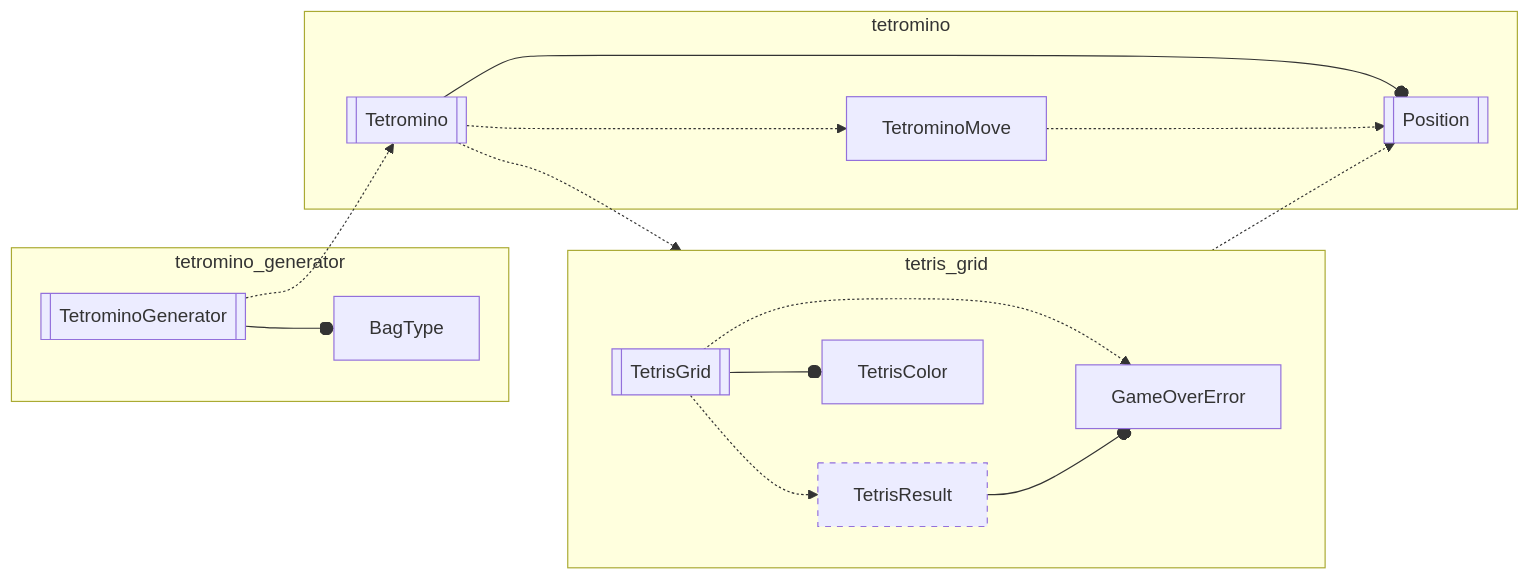
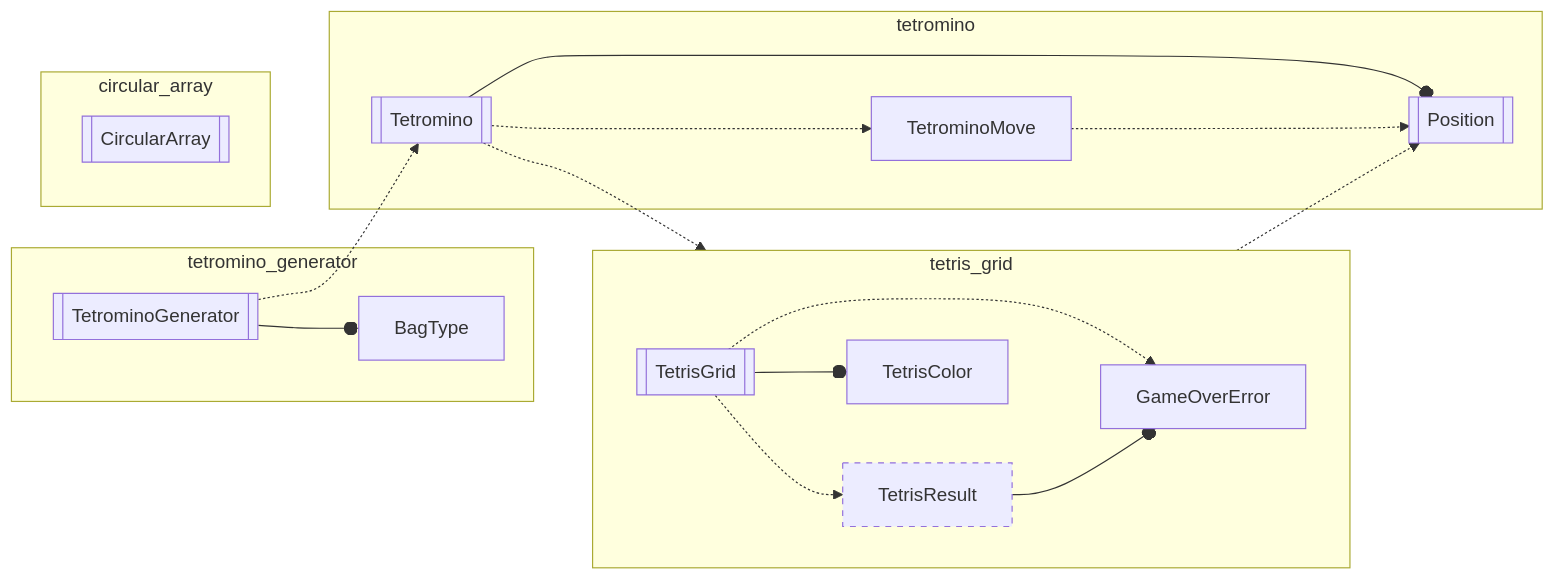
Before and after one commit to inesvar/tetris: the diagram in tetris_core/src/tetris_core.mmd, drawn with Mermaid. The commit also changed 4 other files, not shown here.

Commit message:
Move circular_array from tetris to tetris_core

```diff
--- a/tetris_core/src/tetris_core.mmd
+++ b/tetris_core/src/tetris_core.mmd
@@ -1,36 +1,41 @@
 graph LR
     %% objects
     TetrominoMove[TetrominoMove]
     TetrisGrid[[TetrisGrid]]
     GameOverError[GameOverError]
     TetrisResult[TetrisResult]
     Tetromino[[Tetromino]]
     Position[[Position]]
     TetrisColor[TetrisColor]
     TetrominoGenerator[[TetrominoGenerator]]
     BagType[BagType]
+    CircularArray[[CircularArray]]
 
     subgraph tetromino_generator
         TetrominoGenerator --o BagType
     end
     TetrominoGenerator
     TetrominoGenerator -.-> Tetromino
+
+    subgraph circular_array
+        CircularArray
+    end
 
     subgraph tetromino
         Tetromino --o Position
         TetrominoMove -.-> Position
         Tetromino -.-> TetrominoMove
     end
 
     subgraph tetris_grid
         direction LR
         TetrisGrid -.-> GameOverError
         TetrisGrid -.-> TetrisResult
         TetrisResult --o GameOverError
         TetrisGrid --o TetrisColor
     end
 
     Tetromino -.-> tetris_grid
     TetrisGrid -.-> Position
 
     style TetrisResult stroke-dasharray: 5 5;
```
